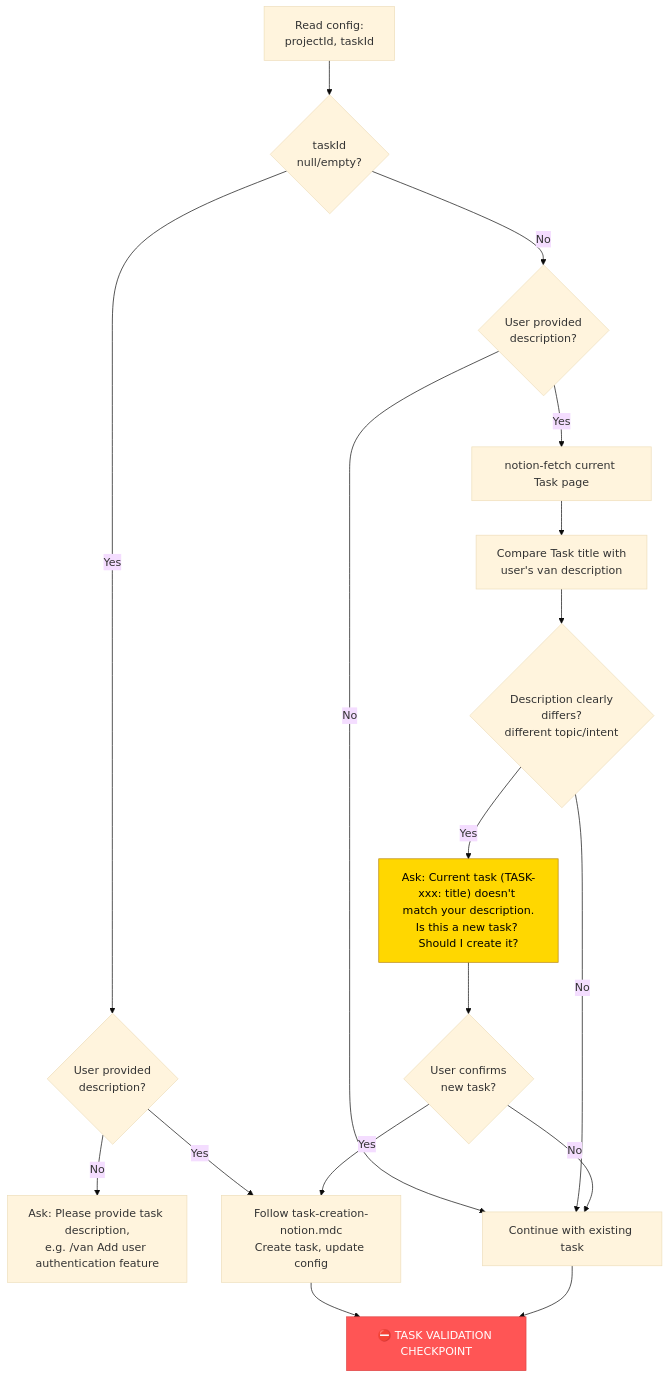
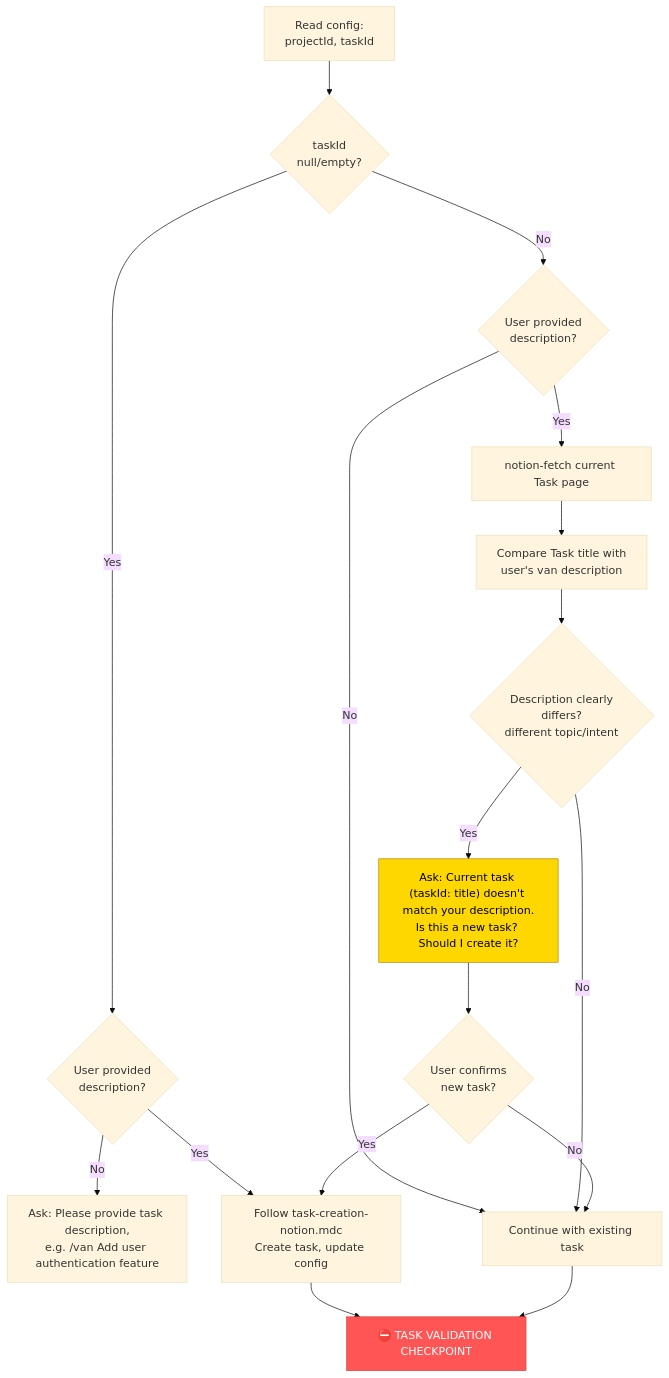
One commit to xianzhu21/cursor-memory-notion changed the second of 14 diagrams in .cursor/rules/isolation_rules/visual-maps/van_mode_split/van-mode-map.mdc. Above: the diagram before and after it, drawn with Mermaid (base theme). The commit also changed 18 other files, not shown here.

````diff
--- a/.cursor/rules/isolation_rules/visual-maps/van_mode_split/van-mode-map.mdc
+++ b/.cursor/rules/isolation_rules/visual-maps/van_mode_split/van-mode-map.mdc
@@ -80,24 +80,24 @@
 ```mermaid
 graph TD
     TaskStart["Read config:<br>projectId, taskId"] --> TaskIdCheck{"taskId<br>null/empty?"}
     TaskIdCheck -->|"Yes"| NeedDesc{"User provided<br>description?"}
     NeedDesc -->|"No"| AskDesc["Ask: Please provide task description,<br>e.g. /van Add user authentication feature"]
     NeedDesc -->|"Yes"| CreateTask["Follow task-creation-notion.mdc<br>Create task, update config"]
     
     TaskIdCheck -->|"No"| HasDesc{"User provided<br>description?"}
     HasDesc -->|"No"| ContinueTask["Continue with existing task"]
     HasDesc -->|"Yes"| FetchTask["notion-fetch current Task page"]
     FetchTask --> CompareTitle["Compare Task title with<br>user's van description"]
     CompareTitle --> Differs{"Description clearly<br>differs?<br>different topic/intent"}
     Differs -->|"No"| ContinueTask
-    Differs -->|"Yes"| AskNew["Ask: Current task (TASK-xxx: title) doesn't match your description.<br>Is this a new task? Should I create it?"]
+    Differs -->|"Yes"| AskNew["Ask: Current task (taskId: title) doesn't match your description.<br>Is this a new task? Should I create it?"]
     AskNew --> UserConfirm{"User confirms<br>new task?"}
     UserConfirm -->|"Yes"| CreateTask
     UserConfirm -->|"No"| ContinueTask
     
     CreateTask --> TaskValidationCP["⛔ TASK VALIDATION CHECKPOINT"]
     ContinueTask --> TaskValidationCP
     
     style TaskValidationCP fill:#f55,stroke:#d44,color:white
     style AskNew fill:#ffd700,stroke:#b8860b,color:black
 ```
````
